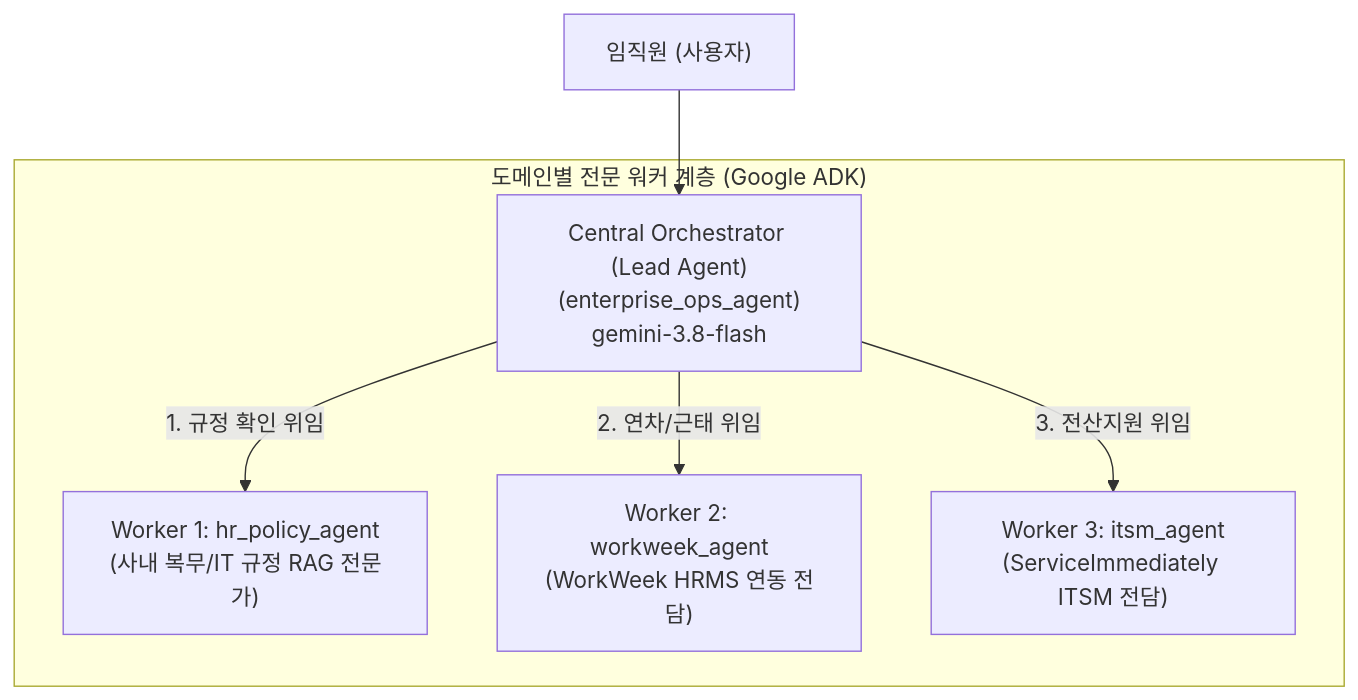
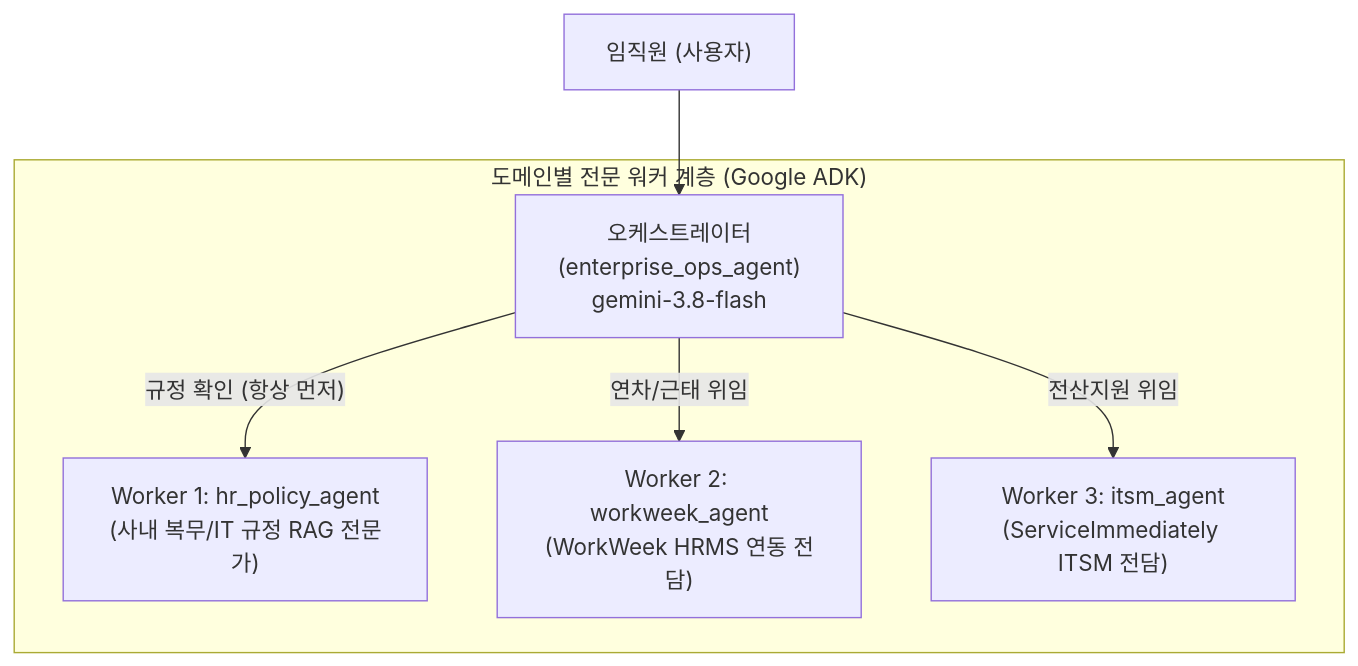
One commit to hajekim/build-with-gemini changed the diagram in lab1/INSTRUCTION.md. Above: the diagram before and after it, drawn with Mermaid. The commit also changed other lines of this file and 2 other files, not shown here.

````diff
--- a/lab1/INSTRUCTION.md
+++ b/lab1/INSTRUCTION.md
@@ -644,10 +642,10 @@
 ```mermaid
 flowchart TD
-    User["임직원 (사용자)"] --> Orch["Central Orchestrator (Lead Agent)<br/>(enterprise_ops_agent)<br/>gemini-3.8-flash"]
+    User["임직원 (사용자)"] --> Orch["오케스트레이터<br/>(enterprise_ops_agent)<br/>gemini-3.8-flash"]
 
     subgraph Specialist_Workers ["도메인별 전문 워커 계층 (Google ADK)"]
-        Orch -->|"1. 규정 확인 위임"| W1["Worker 1: hr_policy_agent<br/>(사내 복무/IT 규정 RAG 전문가)"]
-        Orch -->|"2. 연차/근태 위임"| W2["Worker 2: workweek_agent<br/>(WorkWeek HRMS 연동 전담)"]
-        Orch -->|"3. 전산지원 위임"| W3["Worker 3: itsm_agent<br/>(ServiceImmediately ITSM 전담)"]
+        Orch -->|"규정 확인 (항상 먼저)"| W1["Worker 1: hr_policy_agent<br/>(사내 복무/IT 규정 RAG 전문가)"]
+        Orch -->|"연차/근태 위임"| W2["Worker 2: workweek_agent<br/>(WorkWeek HRMS 연동 전담)"]
+        Orch -->|"전산지원 위임"| W3["Worker 3: itsm_agent<br/>(ServiceImmediately ITSM 전담)"]
     end
 ```
````
